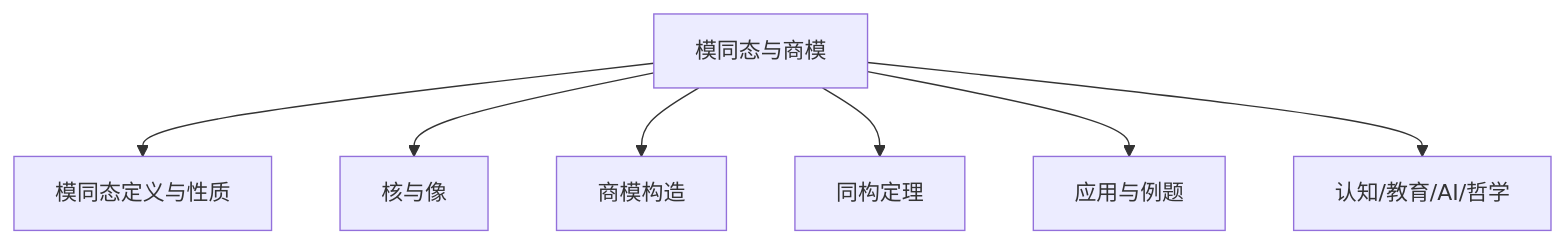
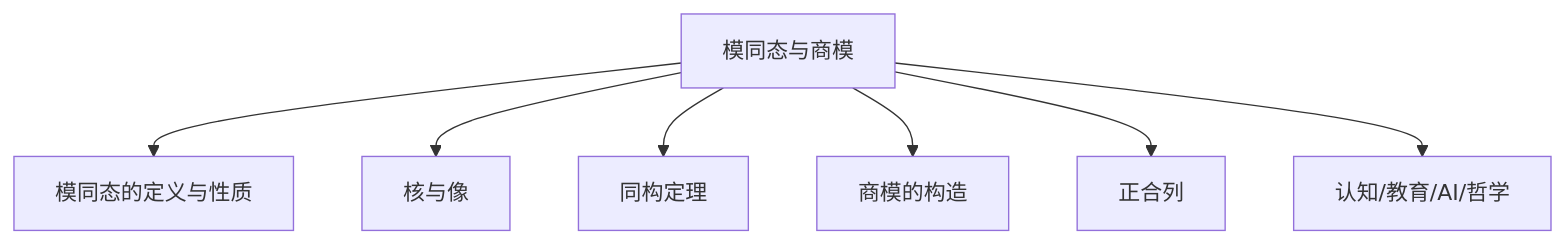
Before and after one commit to AdaMartin18010/Mathematics: the first of 3 diagrams in Math/Refactor/03-代数结构与理论/05-模论/02-模同态与商模.md, drawn with Mermaid. The commit also changed other lines of this file and 3 other files, not shown here.

````diff
--- a/Math/Refactor/03-代数结构与理论/05-模论/02-模同态与商模.md
+++ b/Math/Refactor/03-代数结构与理论/05-模论/02-模同态与商模.md
@@ -3,16 +3,16 @@
 ```mermaid
 graph TD
-  H["模同态与商模"]
-    H1["模同态定义与性质"]
-    H2["核与像"]
-    H3["商模构造"]
-    H4["同构定理"]
-    H5["应用与例题"]
-    H6["认知/教育/AI/哲学"]
-  H --> H1
-  H --> H2
-  H --> H3
-  H --> H4
-  H --> H5
-  H --> H6
+  M["模同态与商模"]
+    M1["模同态的定义与性质"]
+    M2["核与像"]
+    M3["同构定理"]
+    M4["商模的构造"]
+    M5["正合列"]
+    M6["认知/教育/AI/哲学"]
+  M --> M1
+  M --> M2
+  M --> M3
+  M --> M4
+  M --> M5
+  M --> M6
 ```
````
